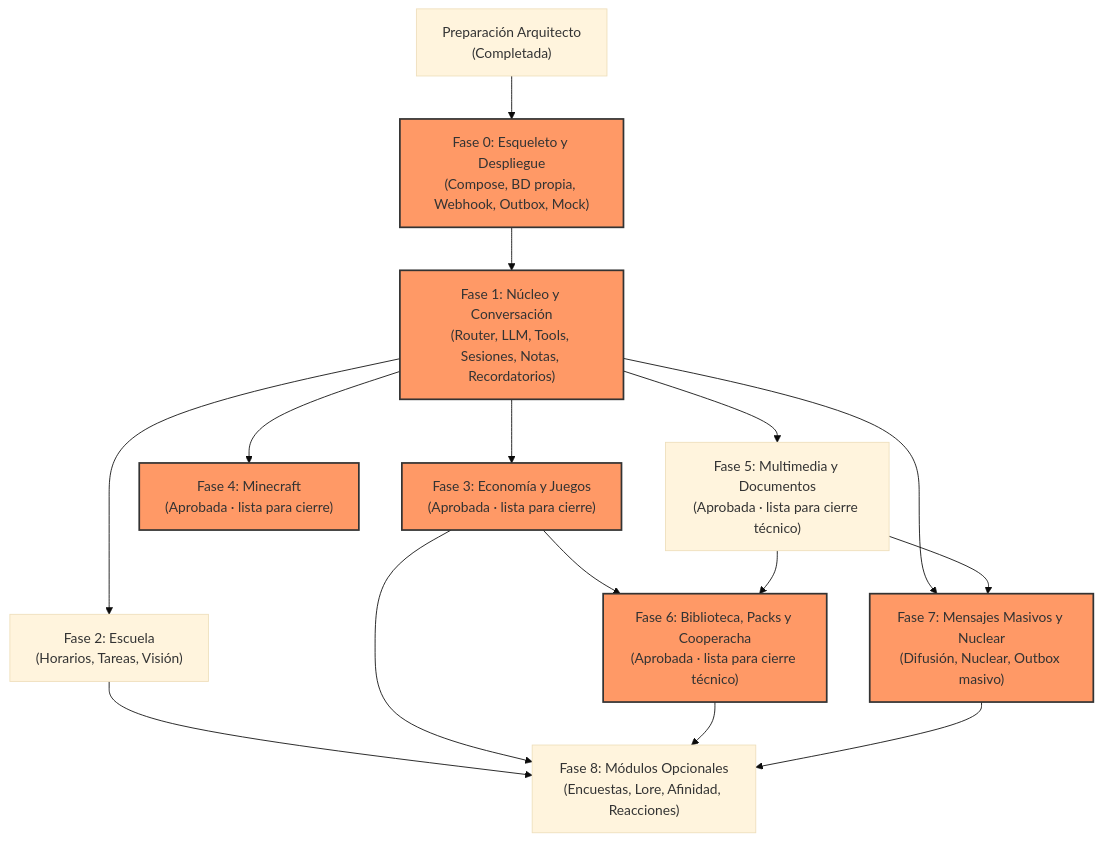
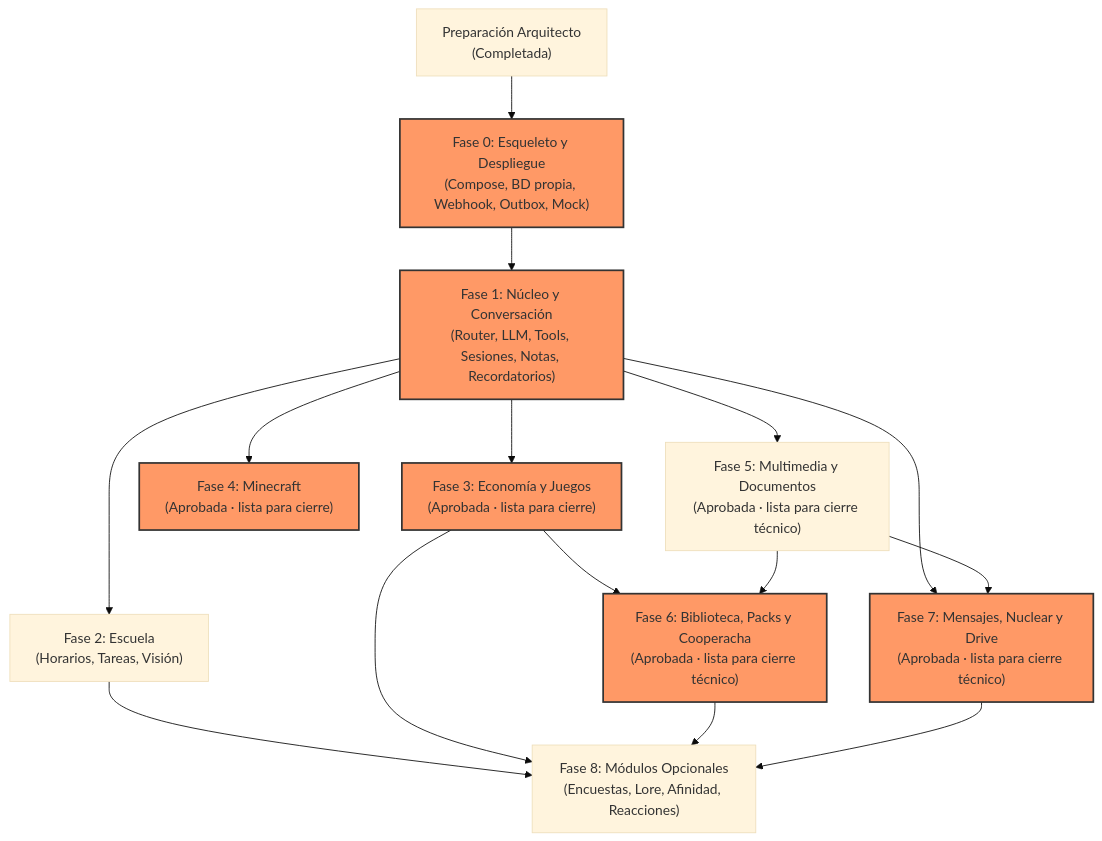
One commit to Yzy-zu/Botskyp changed the diagram in docs/ROADMAP.md. Above: the diagram before and after it, drawn with Mermaid (base theme). The commit also changed other lines of this file and 37 other files, not shown here.

Commit message:
feat: complete phase 7 messaging nuclear and drive

````diff
--- a/docs/ROADMAP.md
+++ b/docs/ROADMAP.md
@@ -14,24 +14,24 @@
 ```mermaid
 flowchart TD
     prep["Preparación Arquitecto<br/>(Completada)"] --> f0["Fase 0: Esqueleto y Despliegue<br/>(Compose, BD propia, Webhook, Outbox, Mock)"]
     f0 --> f1["Fase 1: Núcleo y Conversación<br/>(Router, LLM, Tools, Sesiones, Notas, Recordatorios)"]
     
     f1 --> f2["Fase 2: Escuela<br/>(Horarios, Tareas, Visión)"]
     f1 --> f3["Fase 3: Economía y Juegos<br/>(Aprobada · lista para cierre)"]
     f1 --> f4["Fase 4: Minecraft<br/>(Aprobada · lista para cierre)"]
     f1 --> f5["Fase 5: Multimedia y Documentos<br/>(Aprobada · lista para cierre técnico)"]
     
     f3 --> f6["Fase 6: Biblioteca, Packs y Cooperacha<br/>(Aprobada · lista para cierre técnico)"]
     f5 --> f6
     
-    f1 --> f7["Fase 7: Mensajes Masivos y Nuclear<br/>(Difusión, Nuclear, Outbox masivo)"]
+    f1 --> f7["Fase 7: Mensajes, Nuclear y Drive<br/>(Aprobada · lista para cierre técnico)"]
     f5 --> f7
     
     f2 --> f8["Fase 8: Módulos Opcionales<br/>(Encuestas, Lore, Afinidad, Reacciones)"]
     f3 --> f8
     f6 --> f8
     f7 --> f8
 
     classDef critical fill:#f96,stroke:#333,stroke-width:2px;
     class f0,f1,f3,f4,f6,f7 critical;
 ```
````
